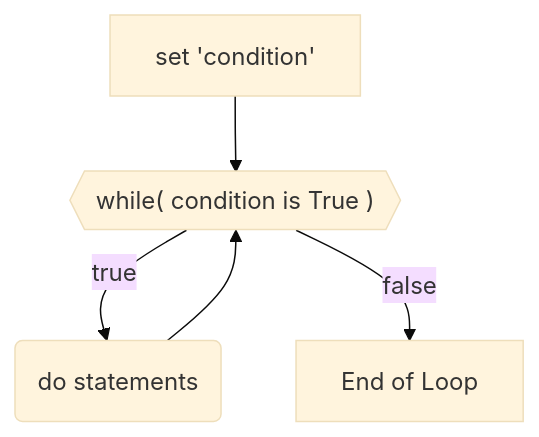
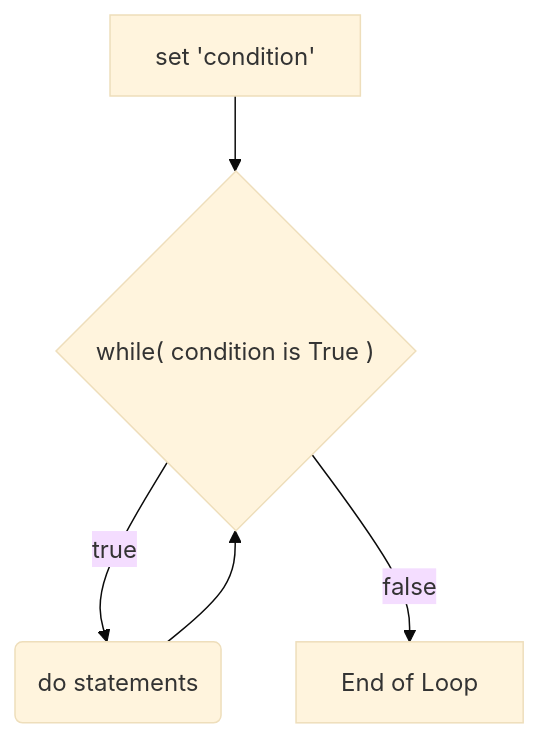
One commit to amydevs/php-assignments changed the first of 2 diagrams in 4pretest/README.md. Above: the diagram before and after it, drawn with Mermaid (base theme). The commit also changed other lines of this file and 1 other file, not shown here.

Commit message:
changed to squares

````diff
--- a/4pretest/README.md
+++ b/4pretest/README.md
@@ -16,10 +16,10 @@
 ```mermaid
 graph TD
 	set["set 'condition'"]
-	while{{" while( condition is True ) "}}
+	while{" while( condition is True ) "}
 	do("do statements")
 	endofloop["End of Loop"]
 	set --> while -- true --> do
 	do --> while
 	while -- false --> endofloop["End of Loop"]
 ```
````
